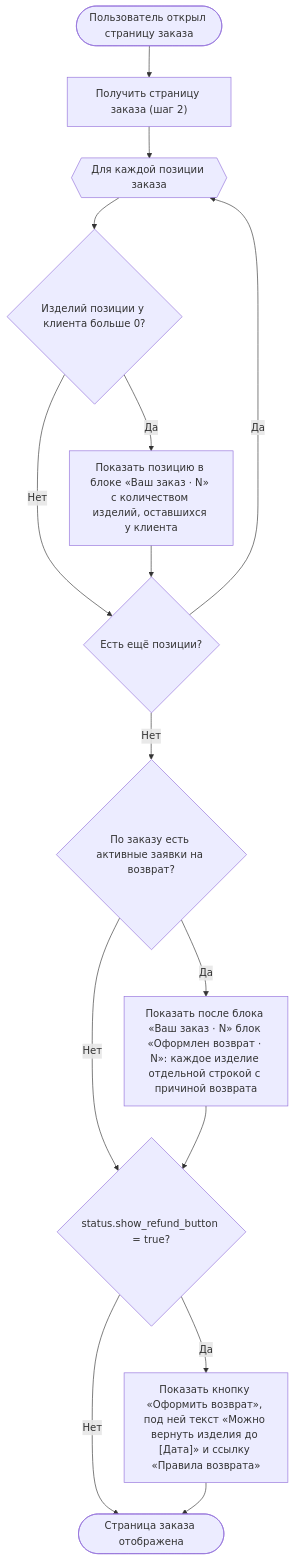
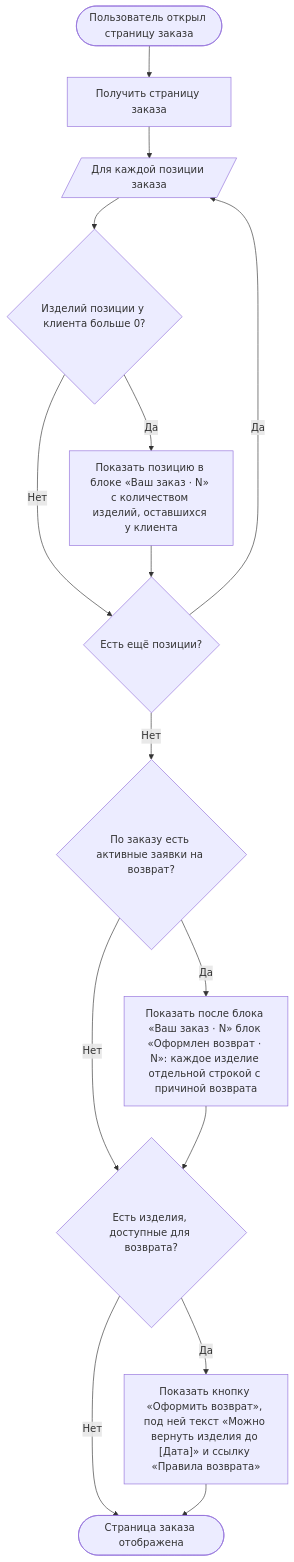
The second of 26 diagrams in projects/returns-2.0/requirements/srs/srs-web-mvp.md (Terinss155/opencode-agents-analysis), drawn with Mermaid before and after one commit. The commit also changed other lines of this file and 33 other files, not shown here.

````diff
--- a/projects/returns-2.0/requirements/srs/srs-web-mvp.md
+++ b/projects/returns-2.0/requirements/srs/srs-web-mvp.md
@@ -122,17 +119,17 @@
 ```mermaid
 flowchart TD
-    S([Пользователь открыл страницу заказа]) --> A["Получить страницу заказа (шаг 2)"]
-    A --> P{{"Для каждой позиции заказа"}}
+    S([Пользователь открыл страницу заказа]) --> A["Получить страницу заказа"]
+    A --> P[/"Для каждой позиции заказа"/]
     P --> B{"Изделий позиции у клиента больше 0?"}
     B -->|Да| C["Показать позицию в блоке «Ваш заказ · N» с количеством изделий, оставшихся у клиента"]
     B -->|Нет| N
     C --> N{"Есть ещё позиции?"}
     N -->|Да| P
     N -->|Нет| O{"По заказу есть активные заявки на возврат?"}
     O -->|Да| O1["Показать после блока «Ваш заказ · N» блок «Оформлен возврат · N»: каждое изделие отдельной строкой с причиной возврата"]
     O -->|Нет| K
-    O1 --> K{"status.show_refund_button = true?"}
+    O1 --> K{"Есть изделия, доступные для возврата?"}
     K -->|Да| Y["Показать кнопку «Оформить возврат», под ней текст «Можно вернуть изделия до [Дата]» и ссылку «Правила возврата»"]
     K -->|Нет| Z
     Y --> Z([Страница заказа отображена])
 ```
````
